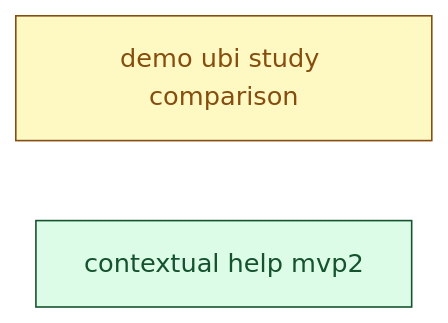
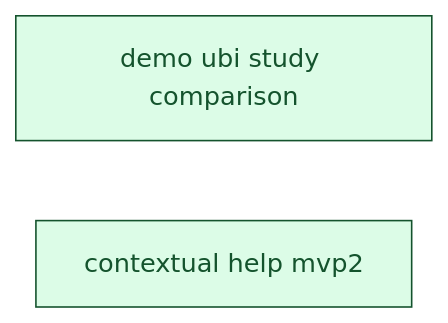
Before and after one commit to SoundMindsAI/relyloop: the diagram in docs/00_overview/MVP2_DASHBOARD.md, drawn with Mermaid. The commit also changed other lines of this file and 12 other files, not shown here.

First line of the commit message:
docs: finalize feat_demo_ubi_study_comparison → implemented_features (#321)

````diff
--- a/docs/00_overview/MVP2_DASHBOARD.md
+++ b/docs/00_overview/MVP2_DASHBOARD.md
@@ -81,12 +75,12 @@
 ```mermaid
 graph LR
   classDef done fill:#dcfce7,stroke:#14532d,color:#14532d;
   classDef implement fill:#ffedd5,stroke:#9a3412,color:#9a3412;
   classDef plan fill:#fef9c3,stroke:#854d0e,color:#854d0e;
   classDef spec fill:#dbeafe,stroke:#1e40af,color:#1e40af;
   classDef idea fill:#f1f5f9,stroke:#334155,color:#334155;
   feat_demo_ubi_study_comparison["demo ubi study comparison"]
-  class feat_demo_ubi_study_comparison plan;
+  class feat_demo_ubi_study_comparison done;
   feat_contextual_help_mvp2["contextual help mvp2"]
   class feat_contextual_help_mvp2 done;
 ```
````
